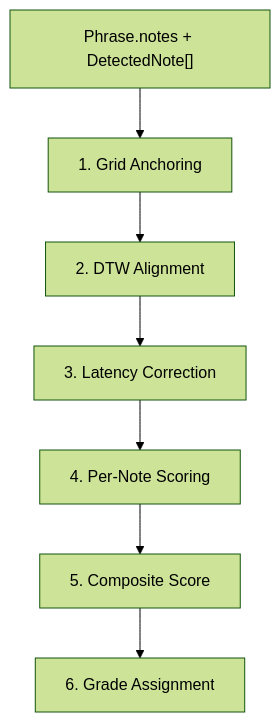
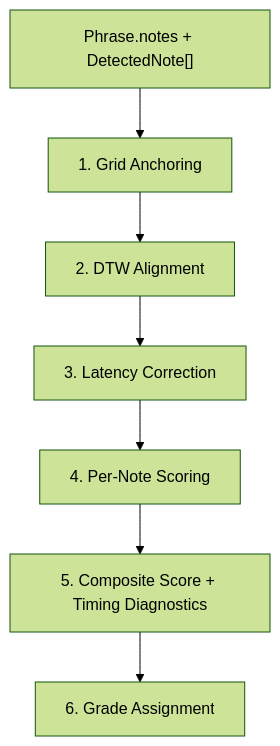
Before and after one commit to avitus/mankunku: the diagram in documentation/architecture/scoring-algorithm.md, drawn with Mermaid (forest theme). The commit also changed other lines of this file and 11 other files, not shown here.

````diff
--- a/documentation/architecture/scoring-algorithm.md
+++ b/documentation/architecture/scoring-algorithm.md
@@ -9,9 +15,9 @@
 ```mermaid
 graph TD
     Input["Phrase.notes + DetectedNote[]"] --> Anchor["1. Grid Anchoring"]
     Anchor --> DTW["2. DTW Alignment"]
     DTW --> Latency["3. Latency Correction"]
     Latency --> PerNote["4. Per-Note Scoring"]
-    PerNote --> Composite["5. Composite Score"]
+    PerNote --> Composite["5. Composite Score + Timing Diagnostics"]
     Composite --> Grade["6. Grade Assignment"]
 ```
````
